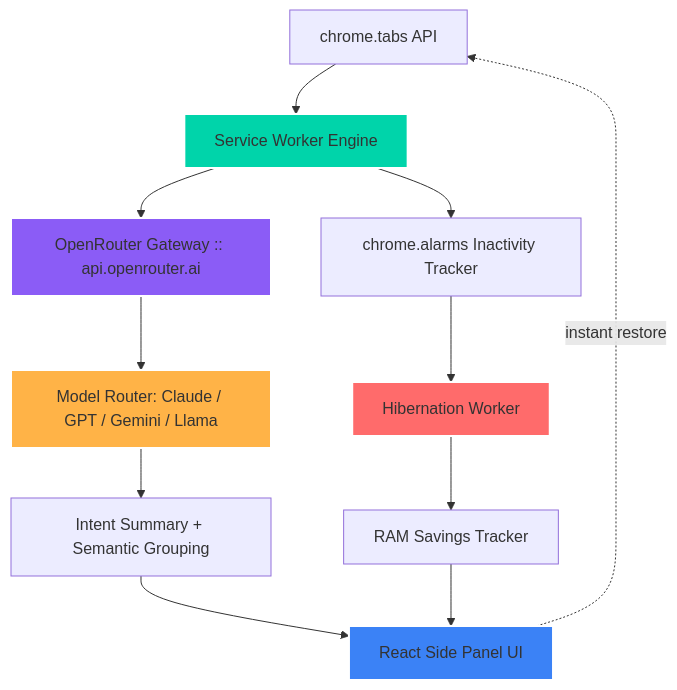
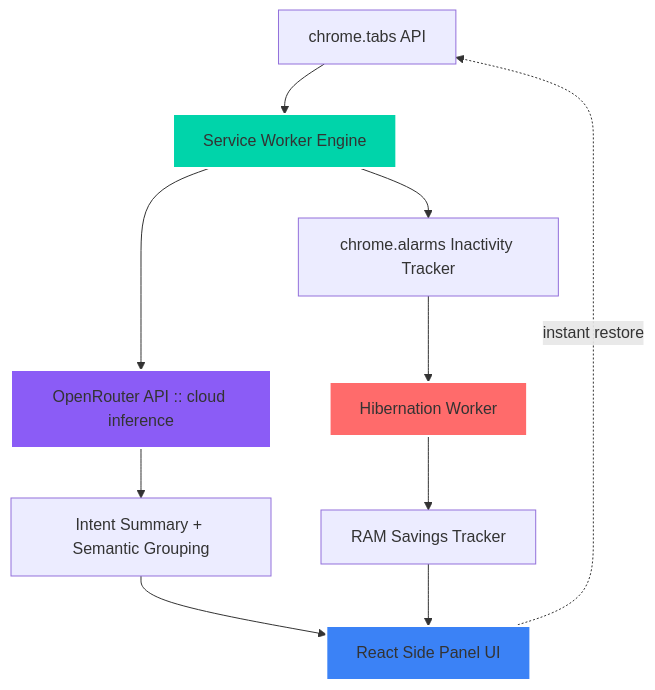
Before and after one commit to sushanth-kumar-prog/Loom: the diagram in README.md, drawn with Mermaid. The commit also changed other lines of this file, not shown here.

````diff
--- a/README.md
+++ b/README.md
@@ -85,19 +87,17 @@
 ```mermaid
 graph TD
     A[chrome.tabs API] --> B[Service Worker Engine]
-    B --> C[OpenRouter Gateway :: api.openrouter.ai]
-    C --> D[Model Router: Claude / GPT / Gemini / Llama]
-    D --> E[Intent Summary + Semantic Grouping]
+    B --> C[OpenRouter API :: cloud inference]
+    C --> E[Intent Summary + Semantic Grouping]
     E --> F[React Side Panel UI]
     B --> G[chrome.alarms Inactivity Tracker]
     G --> H[Hibernation Worker]
     H --> I[RAM Savings Tracker]
     I --> F
     F -.->|instant restore| A
 
     style B fill:#00D4AA,stroke:#fff,stroke-width:2px
     style C fill:#8B5CF6,stroke:#fff,stroke-width:2px
-    style D fill:#FFB347,stroke:#fff,stroke-width:2px
     style F fill:#3B82F6,stroke:#fff,stroke-width:2px
     style H fill:#FF6B6B,stroke:#fff,stroke-width:2px
 ```
````
